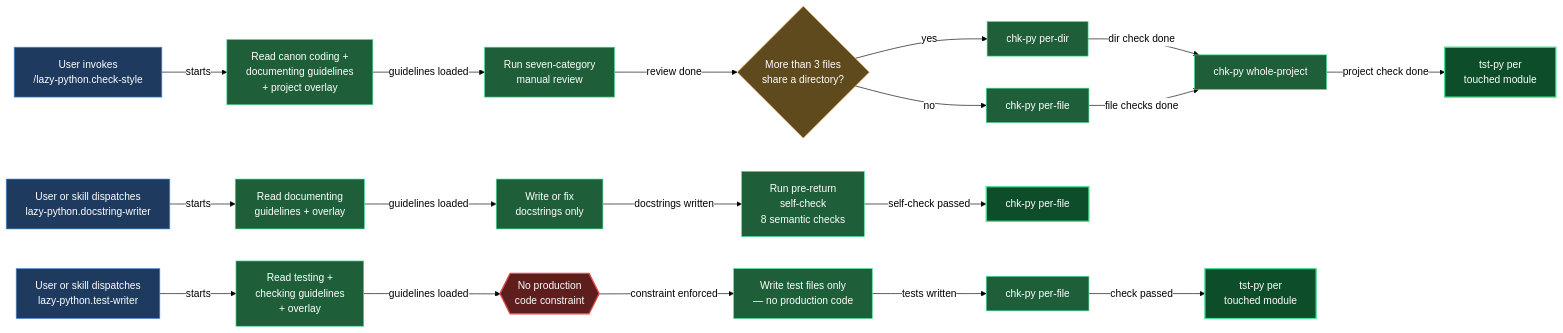
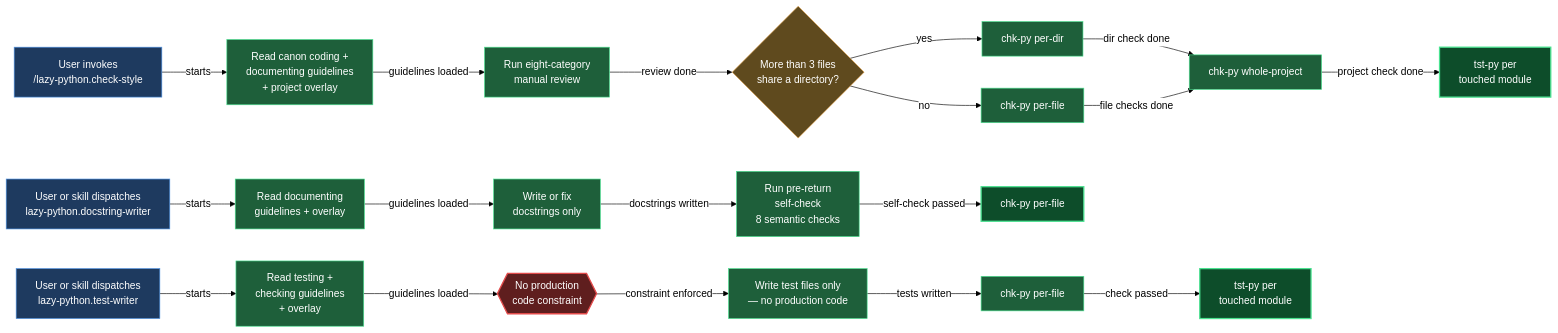
Before and after one commit to mebius-san/lazy-cortex: the diagram in claude/lazycortex-python/help/agents.md, drawn with Mermaid. The commit also changed other lines of this file and 34 other files, not shown here.

````diff
--- a/claude/lazycortex-python/help/agents.md
+++ b/claude/lazycortex-python/help/agents.md
@@ -75,79 +76,79 @@
 ```mermaid
 %%{init: {'themeVariables':{'background':'transparent','lineColor':'#000','textColor':'#000','edgeLabelBackground':'#fff'},'themeCSS':'.edgeLabel{background-color:transparent!important}.edgeLabel p{background-color:transparent!important}','flowchart':{'diagramPadding':5,'useMaxWidth':true}}}%%
 flowchart LR
   invokeCheckStyle[User invokes\n/lazy-python.check-style]
   invokeDocstringWriter[User or skill dispatches\nlazy-python.docstring-writer]
   invokeTestWriter[User or skill dispatches\nlazy-python.test-writer]
 
   readCanonGuidelines[Read canon coding +\ndocumenting guidelines\n+ project overlay]
   readDocGuidelines[Read documenting\nguidelines + overlay]
   readTestGuidelines[Read testing +\nchecking guidelines\n+ overlay]
 
-  manualReview[Run seven-category\nmanual review]
+  manualReview[Run eight-category\nmanual review]
   writeDocstrings[Write or fix\ndocstrings only]
   writeTestFiles[Write test files only\n— no production code]
 
   noProductionCode{{No production\ncode constraint}}
 
   selfCheck[Run pre-return\nself-check\n8 semantic checks]
 
   fileCountGuard{More than 3 files\nshare a directory?}
 
   chkPyPerFile[chk-py per-file]
   chkPyPerDir[chk-py per-dir]
   chkPyWholeProject[chk-py whole-project]
   tstPyTouchedModules[tst-py per\ntouched module]
 
   chkPyDocstring[chk-py per-file]
   chkPyTestWriter[chk-py per-file]
   tstPyTestWriter[tst-py per\ntouched module]
 
   invokeCheckStyle -->|starts| readCanonGuidelines
   invokeDocstringWriter -->|starts| readDocGuidelines
   invokeTestWriter -->|starts| readTestGuidelines
 
   readCanonGuidelines -->|guidelines loaded| manualReview
   readDocGuidelines -->|guidelines loaded| writeDocstrings
   readTestGuidelines -->|guidelines loaded| noProductionCode
 
   noProductionCode -->|constraint enforced| writeTestFiles
 
   manualReview -->|review done| fileCountGuard
   fileCountGuard -->|yes| chkPyPerDir
   fileCountGuard -->|no| chkPyPerFile
   chkPyPerDir -->|dir check done| chkPyWholeProject
   chkPyPerFile -->|file checks done| chkPyWholeProject
   chkPyWholeProject -->|project check done| tstPyTouchedModules
 
   writeDocstrings -->|docstrings written| selfCheck
   selfCheck -->|self-check passed| chkPyDocstring
 
   writeTestFiles -->|tests written| chkPyTestWriter
   chkPyTestWriter -->|check passed| tstPyTestWriter
 
   classDef entry fill:#1e3a5f,stroke:#4a90e2,color:#fff
   classDef guard fill:#5f4a1e,stroke:#e2a14a,color:#fff
   classDef action fill:#1e5f3a,stroke:#4ae290,color:#fff
   classDef success fill:#0d4d2a,stroke:#4ae290,color:#fff,stroke-width:2px
   classDef error fill:#5f1e1e,stroke:#e24a4a,color:#fff,stroke-width:2px
 
   class invokeCheckStyle entry
   class invokeDocstringWriter entry
   class invokeTestWriter entry
   class readCanonGuidelines action
   class readDocGuidelines action
   class readTestGuidelines action
   class manualReview action
   class writeDocstrings action
   class writeTestFiles action
   class noProductionCode error
   class selfCheck action
   class fileCountGuard guard
   class chkPyPerFile action
   class chkPyPerDir action
   class chkPyWholeProject action
   class tstPyTouchedModules success
   class chkPyDocstring success
   class chkPyTestWriter action
   class tstPyTestWriter success
 ```
````
